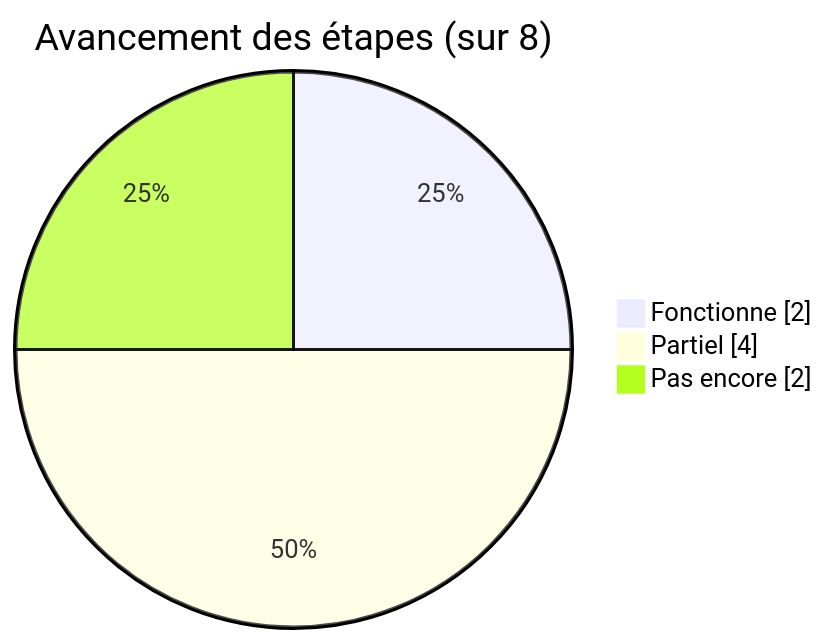
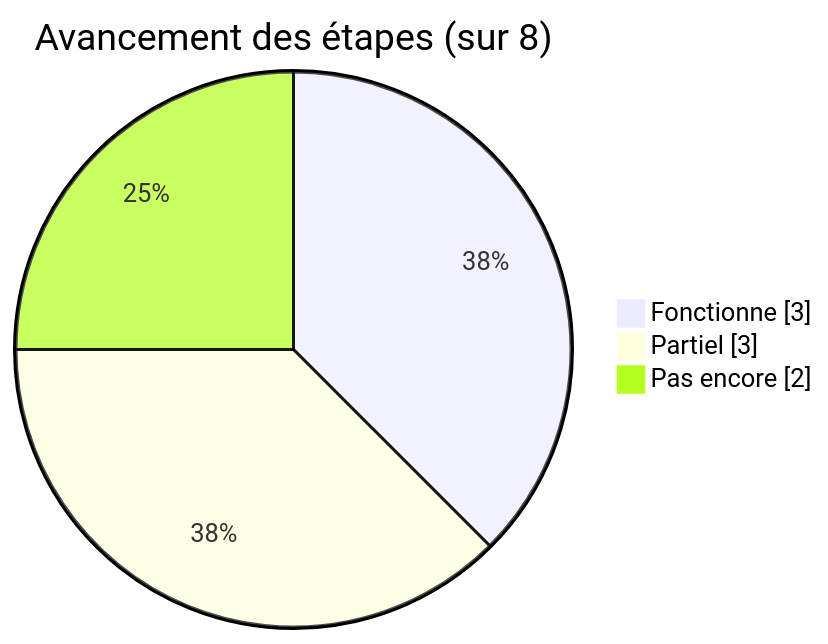
Before and after one commit to Cyanexani/cold-project-vi: the first of 12 diagrams in README.md, drawn with Mermaid. The commit also changed other lines of this file, not shown here.

````diff
--- a/README.md
+++ b/README.md
@@ -71,7 +71,7 @@
 ```mermaid
 pie showData
     title Avancement des étapes (sur 8)
-    "Fonctionne" : 2
-    "Partiel" : 4
+    "Fonctionne" : 3
+    "Partiel" : 3
     "Pas encore" : 2
 ```
````
